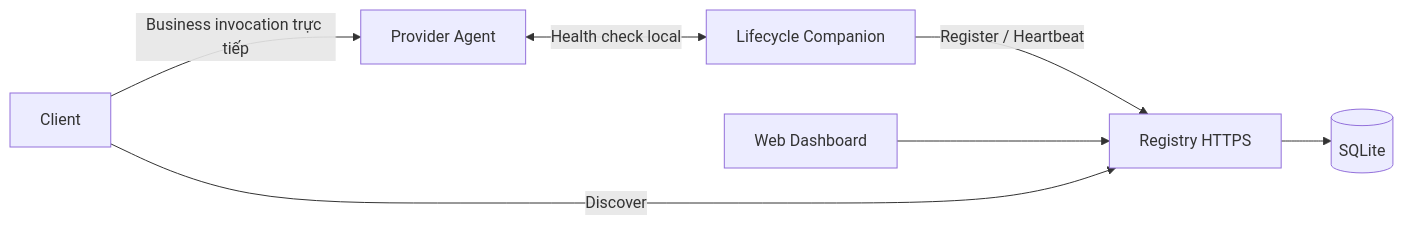
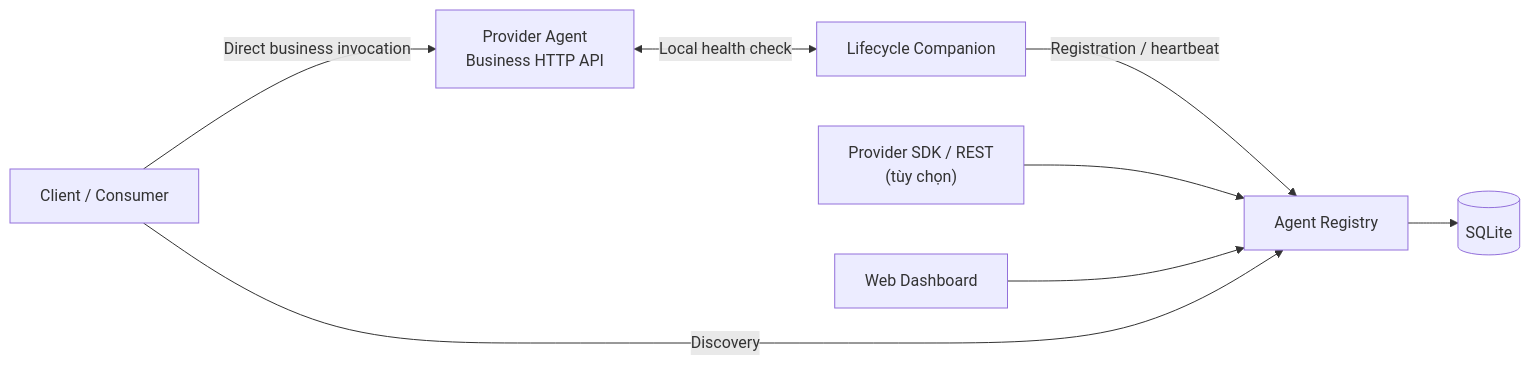
The first of 2 diagrams in README.md (HPHind110/agent-registry), drawn with Mermaid before and after one commit. The commit also changed other lines of this file and 7 other files, not shown here.

First line of the commit message:
docs: restore comprehensive Registry documentation for HTTPS and Companion

````diff
--- a/README.md
+++ b/README.md
@@ -38,9 +24,10 @@
-~~~mermaid
+```mermaid
 flowchart LR
-    P[Provider Agent] <-->|Health check local| X[Lifecycle Companion]
-    X -->|Register / Heartbeat| R[Registry HTTPS]
-    U[Web Dashboard] --> R
-    C[Client] -->|Discover| R
-    C -->|Business invocation trực tiếp| P
-    R --> D[(SQLite)]
-~~~
+    P["Provider Agent<br/>Business HTTP API"] <-->|"Local health check"| X["Lifecycle Companion"]
+    X -->|"Registration / heartbeat"| R["Agent Registry"]
+    S["Provider SDK / REST<br/>(tùy chọn)"] --> R
+    W["Web Dashboard"] --> R
+    R --> DB[("SQLite")]
+    C["Client / Consumer"] -->|"Discovery"| R
+    C -->|"Direct business invocation"| P
+```
````
